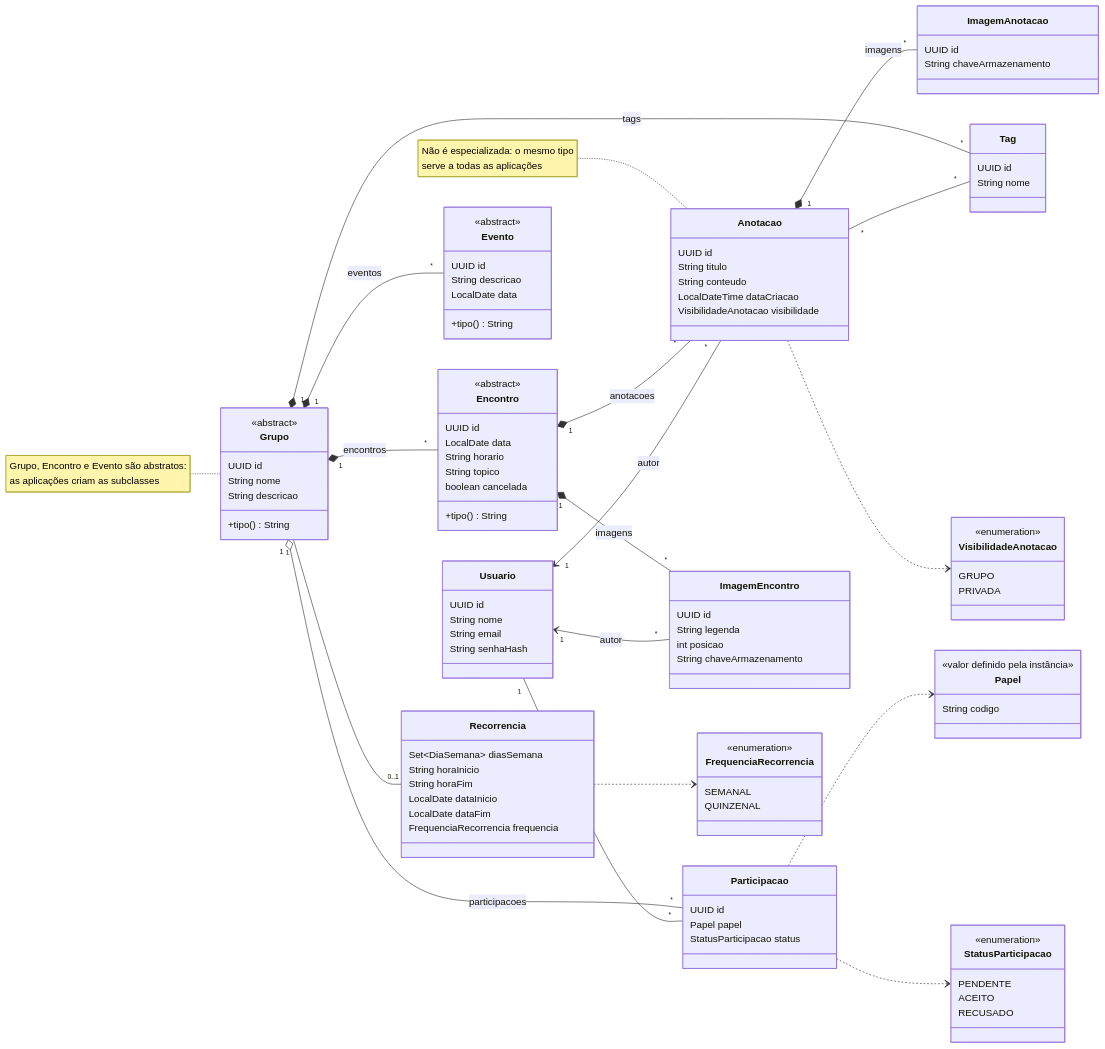
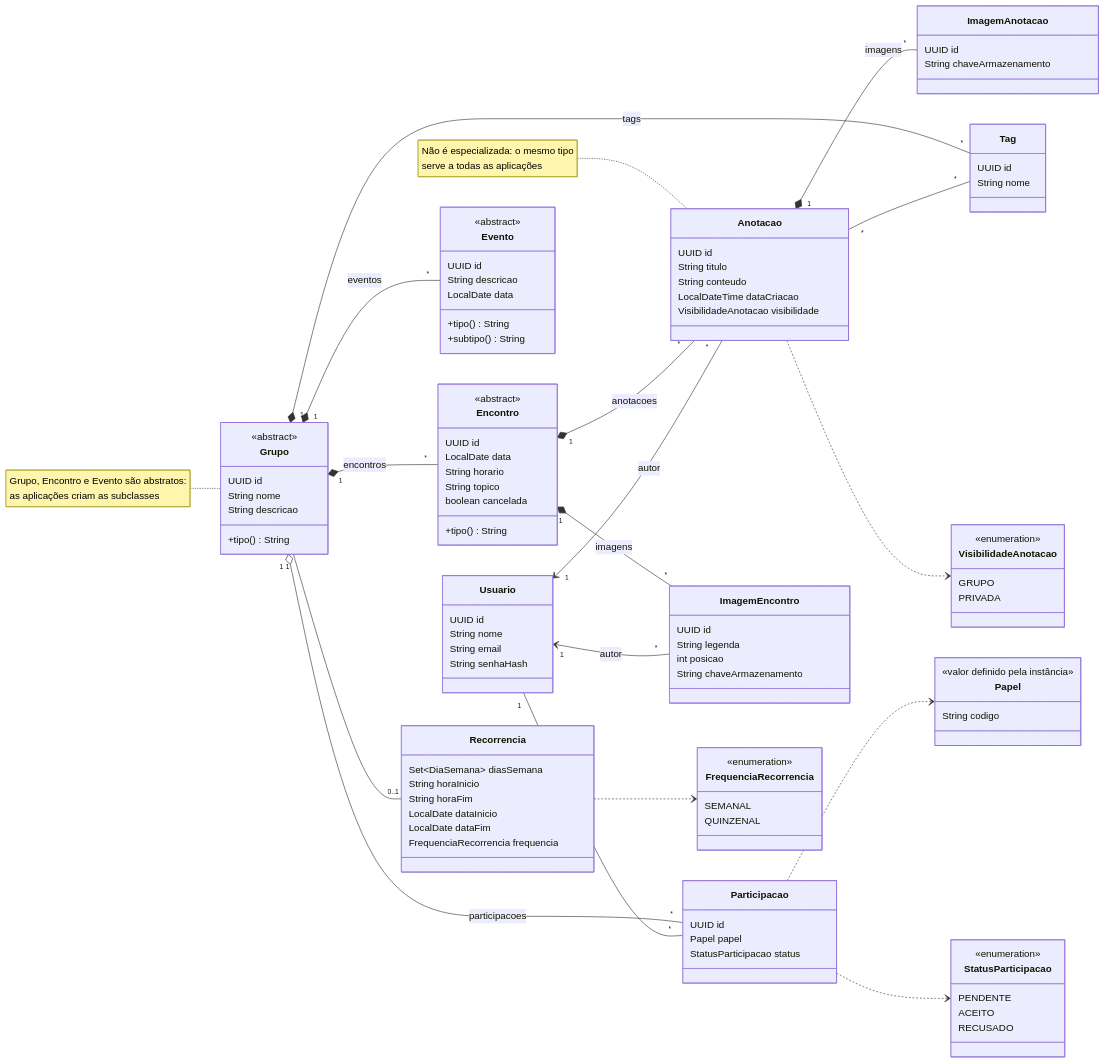
The third of 7 diagrams in docs/framework/diagrama-de-classes.md (Jamykson/AllGenda), drawn with Mermaid before and after one commit. The commit also changed other lines of this file and 7 other files, not shown here.

```diff
--- a/docs/framework/diagrama-de-classes.md
+++ b/docs/framework/diagrama-de-classes.md
@@ -212,6 +212,7 @@
   String descricao
   LocalDate data
   +tipo() String
+  +subtipo() String
 }
 class Participacao {
   UUID id
```
